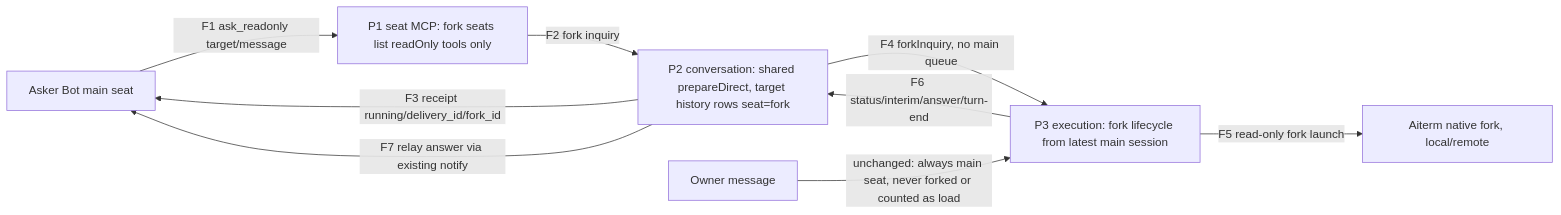
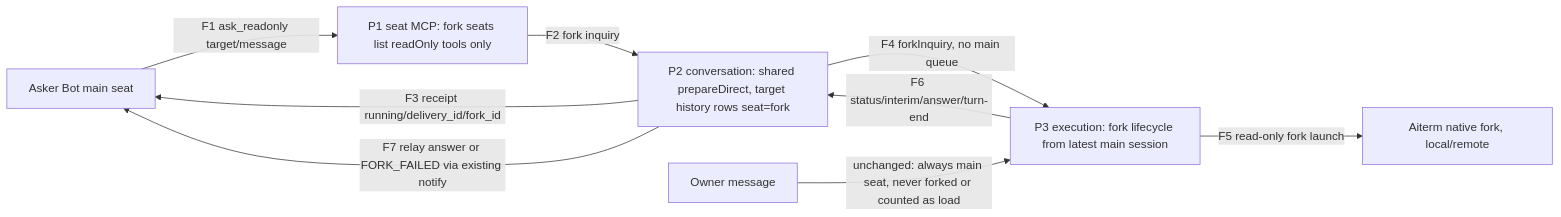
The fifth of 5 diagrams in docs/architecture/data-flow.md (kitepon/BellTeam), drawn with Mermaid before and after one commit. The commit also changed other lines of this file and 1 other file, not shown here.

Commit message:
Apply Root review to fork inquiry design: no remote refusal, FORK_FAILED relay, rulings 1-5

````diff
--- a/docs/architecture/data-flow.md
+++ b/docs/architecture/data-flow.md
@@ -249,11 +249,11 @@
 ```mermaid
 flowchart LR
   A[Asker Bot main seat] -->|F1 ask_readonly target/message| P1[P1 seat MCP: fork seats list readOnly tools only]
   P1 -->|F2 fork inquiry| P2[P2 conversation: shared prepareDirect, target history rows seat=fork]
   P2 -->|F3 receipt running/delivery_id/fork_id| A
   P2 -->|F4 forkInquiry, no main queue| P3[P3 execution: fork lifecycle from latest main session]
   P3 -->|F5 read-only fork launch| N[Aiterm native fork, local/remote]
   P3 -->|F6 status/interim/answer/turn-end| P2
-  P2 -->|F7 relay answer via existing notify| A
+  P2 -->|F7 relay answer or FORK_FAILED via existing notify| A
   O[Owner message] -->|unchanged: always main seat, never forked or counted as load| P3
 ```
````
